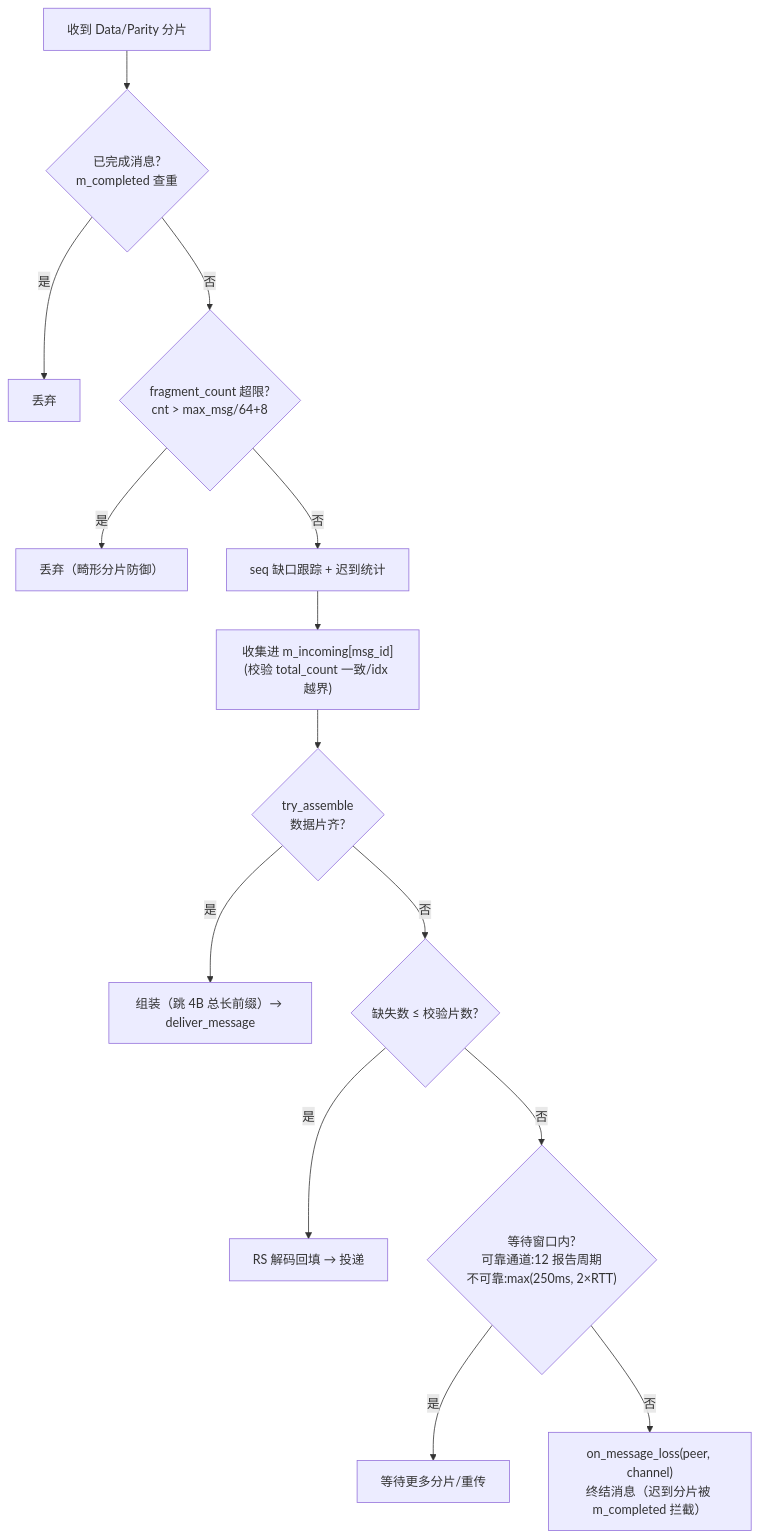
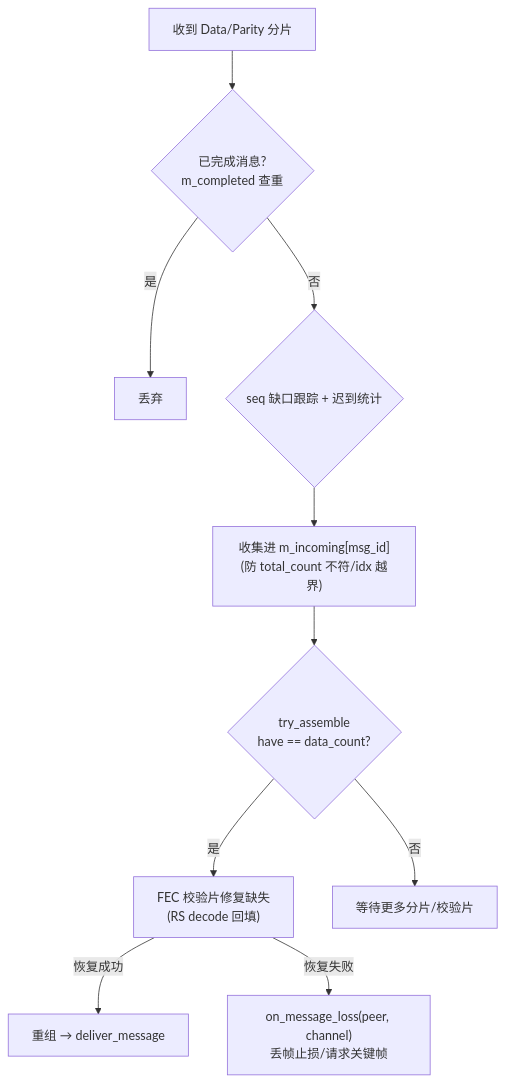
The fifth of 7 diagrams in docs/tight_architecture.md (arrayforward/tight), drawn with Mermaid before and after one commit. The commit also changed other lines of this file and 17 other files, not shown here.

````diff
--- a/docs/tight_architecture.md
+++ b/docs/tight_architecture.md
@@ -229,16 +186,12 @@
 ```mermaid
 flowchart TD
     P["收到 Data/Parity 分片"] --> S{"已完成消息?<br/>m_completed 查重"}
     S -- "是" --> D["丢弃"]
-    S -- "否" --> G{"fragment_count 超限?<br/>cnt > max_msg/64+8"}
-    G -- "是" --> D2["丢弃（畸形分片防御）"]
-    G -- "否" --> SG["seq 缺口跟踪 + 迟到统计"]
-    SG --> C["收集进 m_incoming[msg_id]<br/>(校验 total_count 一致/idx 越界)"]
-    C --> T{"try_assemble<br/>数据片齐?"}
-    T -- "是" --> V["组装（跳 4B 总长前缀）→ deliver_message"]
-    T -- "否" --> E{"缺失数 ≤ 校验片数?"}
-    E -- "是" --> F["RS 解码回填 → 投递"]
-    E -- "否" --> W{"等待窗口内?<br/>可靠通道:12 报告周期<br/>不可靠:max(250ms, 2×RTT)"}
-    W -- "是" --> WAIT["等待更多分片/重传"]
-    W -- "否" --> L["on_message_loss(peer, channel)<br/>终结消息（迟到分片被 m_completed 拦截）"]
+    S -- "否" --> G{"seq 缺口跟踪 + 迟到统计"}
+    G --> C["收集进 m_incoming[msg_id]<br/>(防 total_count 不符/idx 越界)"]
+    C --> T{"try_assemble<br/>have == data_count?"}
+    T -- "是" --> V["FEC 校验片修复缺失<br/>(RS decode 回填)"]
+    V -- "恢复成功" --> F["重组 → deliver_message"]
+    V -- "恢复失败" --> L["on_message_loss(peer, channel)<br/>丢帧止损/请求关键帧"]
+    T -- "否" --> W["等待更多分片/校验片"]
 ```
````
